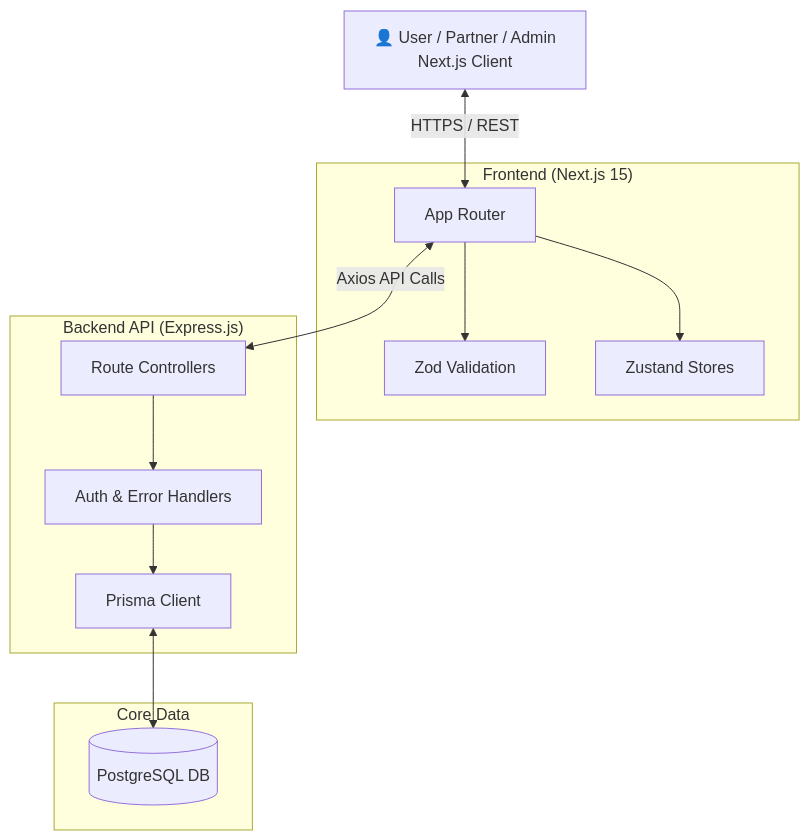
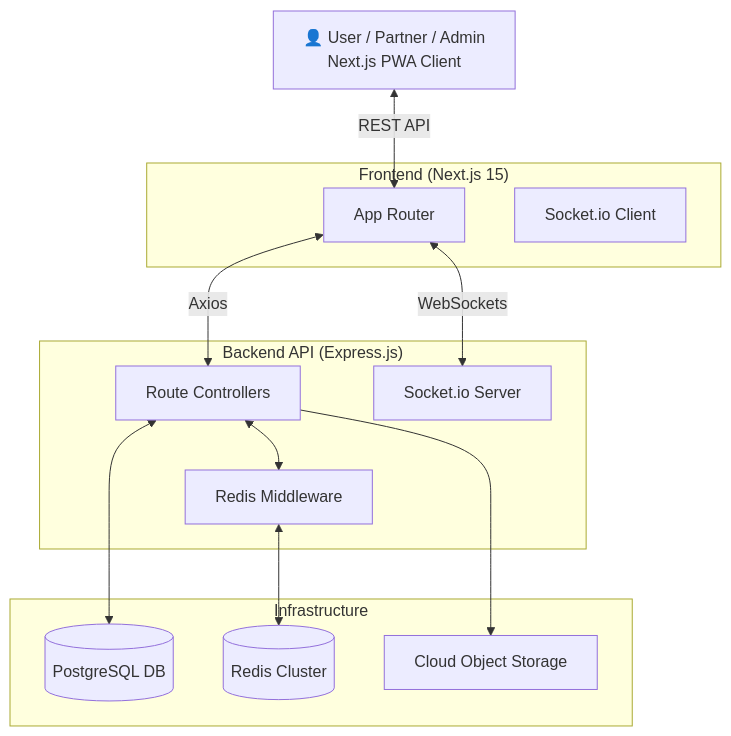
Before and after one commit to mijanur1314/cleanride: the diagram in README.md, drawn with Mermaid. The commit also changed other lines of this file, not shown here.

````diff
--- a/README.md
+++ b/README.md
@@ -81,30 +93,30 @@
 ```mermaid
 graph TD
-    UserClient[👤 User / Partner / Admin\nNext.js Client]
+    UserClient[👤 User / Partner / Admin\nNext.js PWA Client]
 
     subgraph "Frontend (Next.js 15)"
     NextJS[App Router]
-    Zod[Zod Validation]
-    Zustand[Zustand Stores]
+    SocketClient[Socket.io Client]
     end
 
     subgraph "Backend API (Express.js)"
     Controllers[Route Controllers]
-    Middlewares[Auth & Error Handlers]
-    PrismaORM[Prisma Client]
+    SocketServer[Socket.io Server]
+    RedisCache[Redis Middleware]
     end
 
-    subgraph "Core Data"
+    subgraph "Infrastructure"
     PostgreSQL[(PostgreSQL DB)]
+    Redis[(Redis Cluster)]
+    SupabaseStorage[Cloud Object Storage]
     end
 
-    UserClient <-->|HTTPS / REST| NextJS
-    NextJS <-->|Axios API Calls| Controllers
-
-    NextJS --> Zod
-    NextJS --> Zustand
-
-    Controllers --> Middlewares
-    Middlewares --> PrismaORM
-    PrismaORM <--> PostgreSQL
+    UserClient <-->|REST API| NextJS
+    NextJS <-->|Axios| Controllers
+    NextJS <-->|WebSockets| SocketServer
+    
+    Controllers <--> RedisCache
+    RedisCache <--> Redis
+    Controllers <--> PostgreSQL
+    Controllers --> SupabaseStorage
 ```
````
